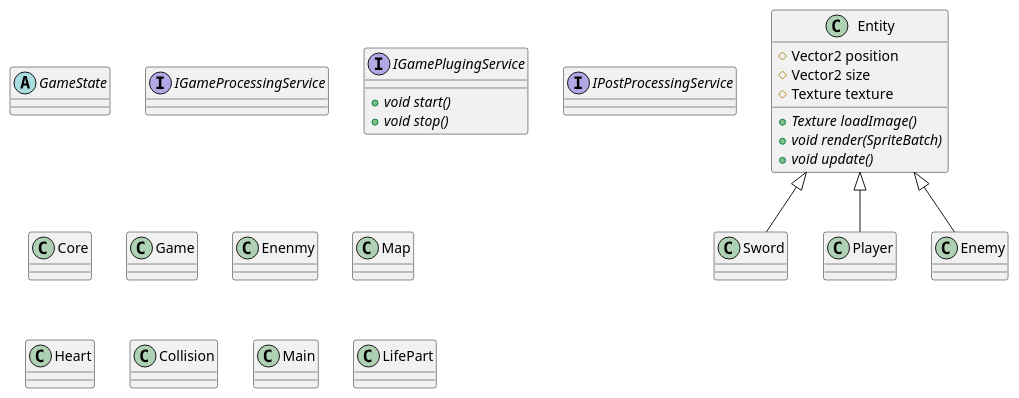
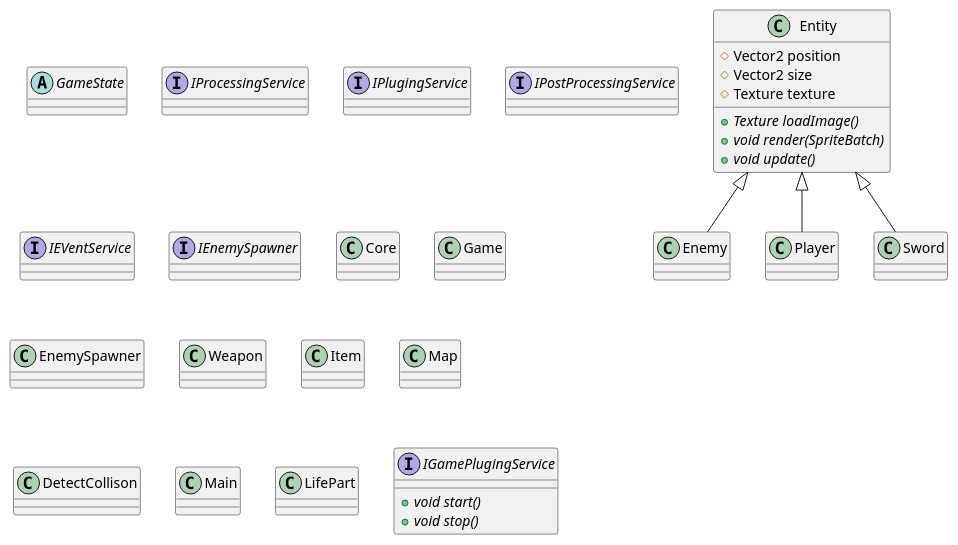
Before and after one commit to sesem4/Nelda: the diagram in docs/diagrams/classDiagram.puml, drawn with PlantUML. The commit also changed 11 other files, not shown here.

Commit message:
Added updated SPI contracts from Component diagram

```diff
--- a/docs/diagrams/classDiagram.puml
+++ b/docs/diagrams/classDiagram.puml
@@ -1,40 +1,43 @@
-@startuml
+@startuml Class diagram
 'https://plantuml.com/class-diagram
 
 abstract class Entity
 abstract class GameState
-interface IGameProcessingService
-interface IGamePlugingService
+interface IProcessingService
+interface IPlugingService
 interface IPostProcessingService
+interface IEVentService
+interface IEnemySpawner
 class Core
 class Game
-class Enenmy
-class Sword
+class Enemy
+class EnemySpawner
+class Weapon
+class Item
 class Map
-class Heart
-class Collision
+class DetectCollison
 class Player
 class Main
 class LifePart
 class Entity{
 # Vector2 position
 # Vector2 size
 # Texture texture
 + {abstract} Texture loadImage()
 + {abstract} void render(SpriteBatch)
 + {abstract} void update()
 
 }
 interface IGamePlugingService{
  {abstract} + void start()
  {abstract} + void stop()
 }
 
 Entity <|-- Player
 Entity <|-- Enemy
 Entity <|-- Sword
 
 
 
 
 @enduml
```
